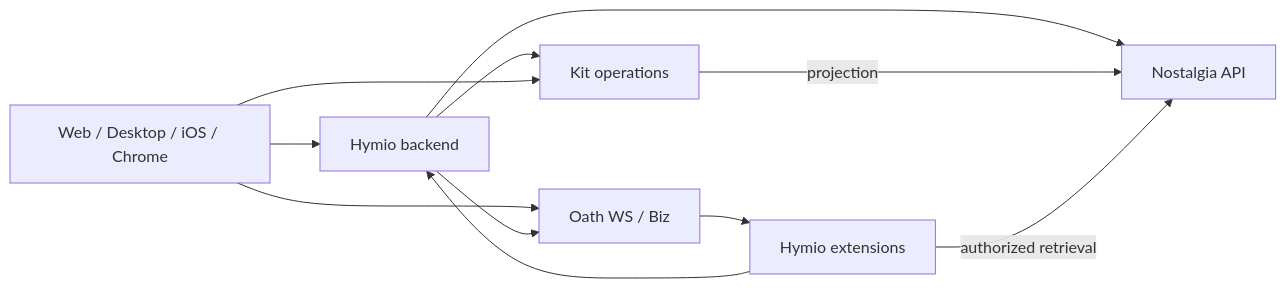
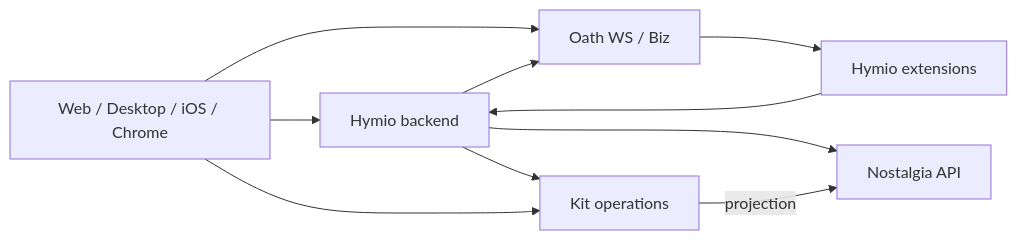
One commit to HymioSpace/Hymio changed the diagram in spec/overview.md. Above: the diagram before and after it, drawn with Mermaid. The commit also changed other lines of this file and 20 other files, not shown here.

````diff
--- a/spec/overview.md
+++ b/spec/overview.md
@@ -43,13 +45,12 @@
 ```mermaid
 flowchart LR
     Apps[Web / Desktop / iOS / Chrome] --> Backend[Hymio backend]
     Apps --> Runtime[Oath WS / Biz]
     Backend --> Runtime
     Backend --> Context[Nostalgia API]
     Runtime --> Ext[Hymio extensions]
     Ext --> Backend
     Backend --> Kit[Kit operations]
     Apps --> Kit
     Kit -->|projection| Context
-    Ext -->|authorized retrieval| Context
 ```
````
